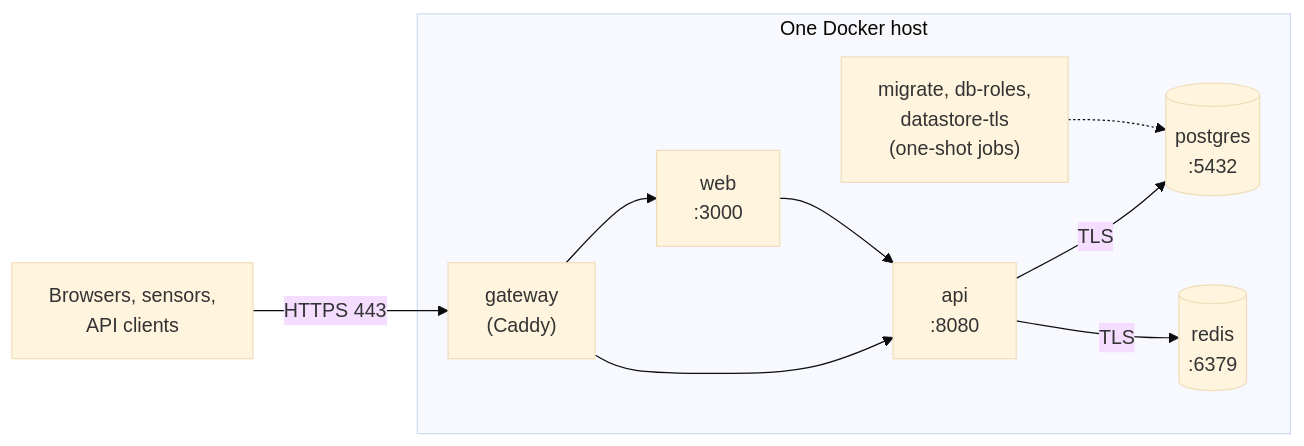
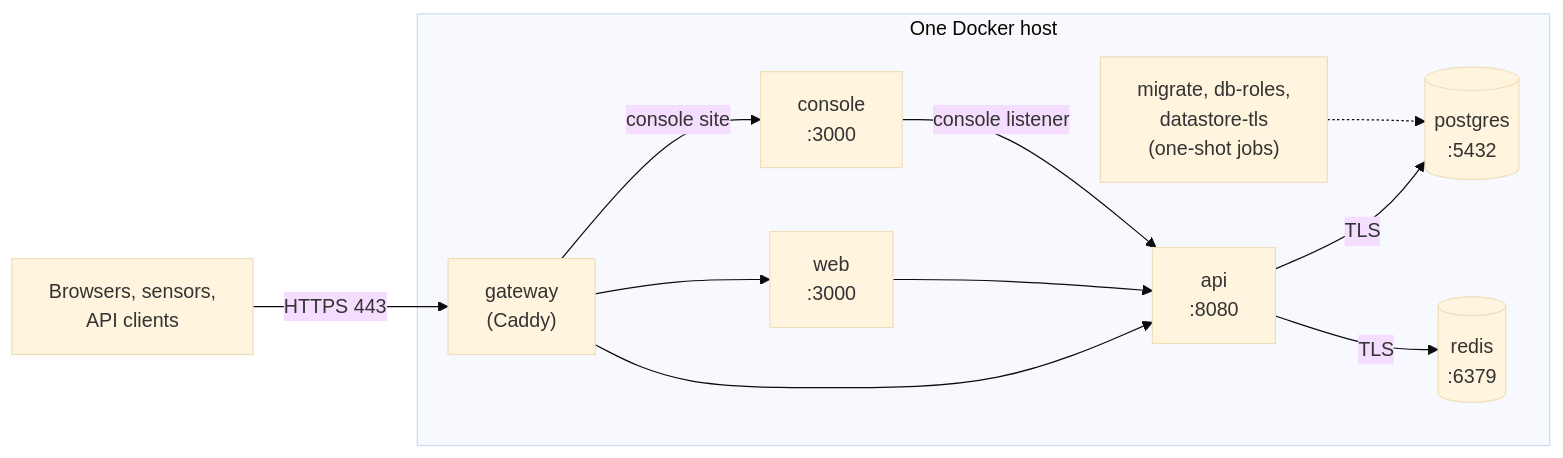
One commit to openctemio/docs changed the first of 5 diagrams in install/index.md. Above: the diagram before and after it, drawn with Mermaid (base theme). The commit also changed other lines of this file and 27 other files, not shown here.

````diff
--- a/install/index.md
+++ b/install/index.md
@@ -45,12 +48,14 @@
 ```mermaid
 flowchart LR
     C["Browsers, sensors,<br/>API clients"] -->|"HTTPS 443"| GW
     subgraph host["One Docker host"]
         GW["gateway<br/>(Caddy)"] --> WEB["web<br/>:3000"]
         GW --> API["api<br/>:8080"]
+        GW -->|"console site"| CON["console<br/>:3000"]
         WEB --> API
+        CON -->|"console listener"| API
         API -->|TLS| PG[("postgres<br/>:5432")]
         API -->|TLS| RD[("redis<br/>:6379")]
         MIG["migrate, db-roles,<br/>datastore-tls<br/>(one-shot jobs)"] -.-> PG
     end
 ```
````
